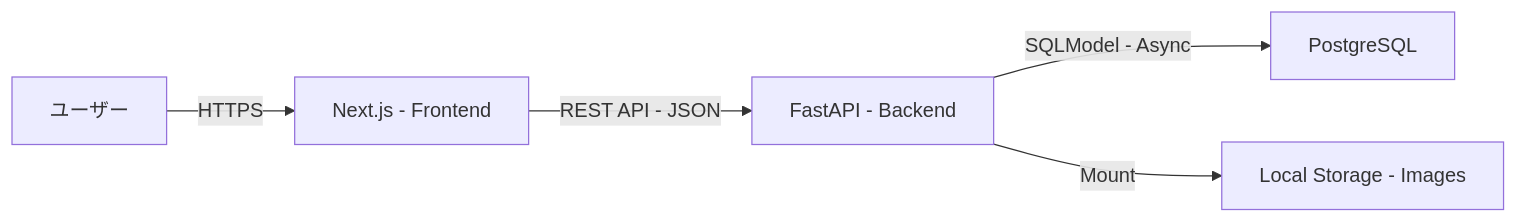
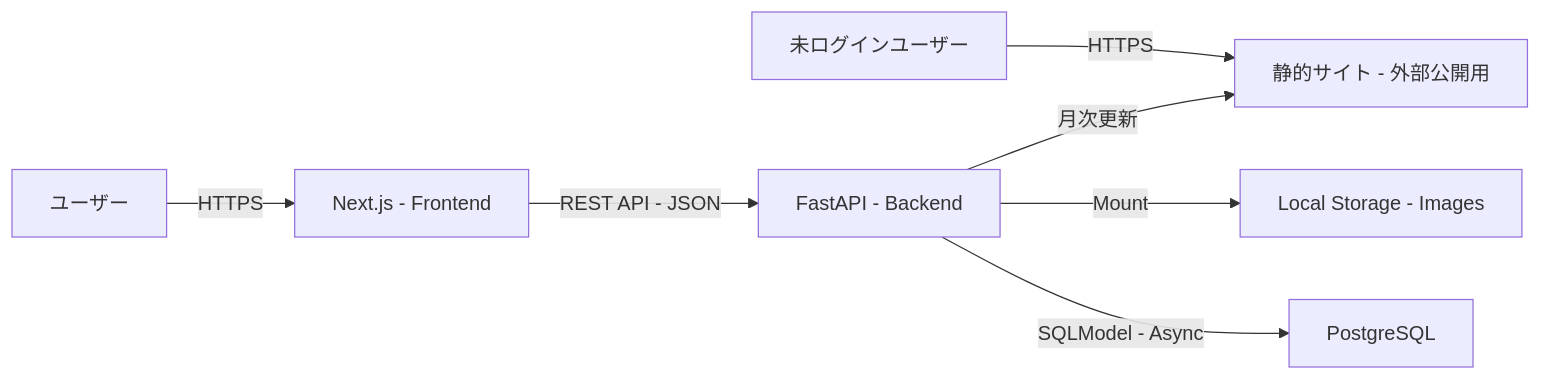
Before and after one commit to lc-tut/CirclePortalNEXT: the first of 4 diagrams in docs/要件定義書.md, drawn with Mermaid. The commit also changed other lines of this file, not shown here.

````diff
--- a/docs/要件定義書.md
+++ b/docs/要件定義書.md
@@ -37,7 +37,9 @@
 ```mermaid
 graph LR
     User[ユーザー] -->|HTTPS| NextJS[Next.js - Frontend]
+    Guest[未ログインユーザー] -->|HTTPS| Static[静的サイト - 外部公開用]
     NextJS -->|REST API - JSON| API[FastAPI - Backend]
     API -->|SQLModel - Async| DB[PostgreSQL]
     API -->|Mount| Storage[Local Storage - Images]
+    API -->|月次更新| Static
 ```
````
